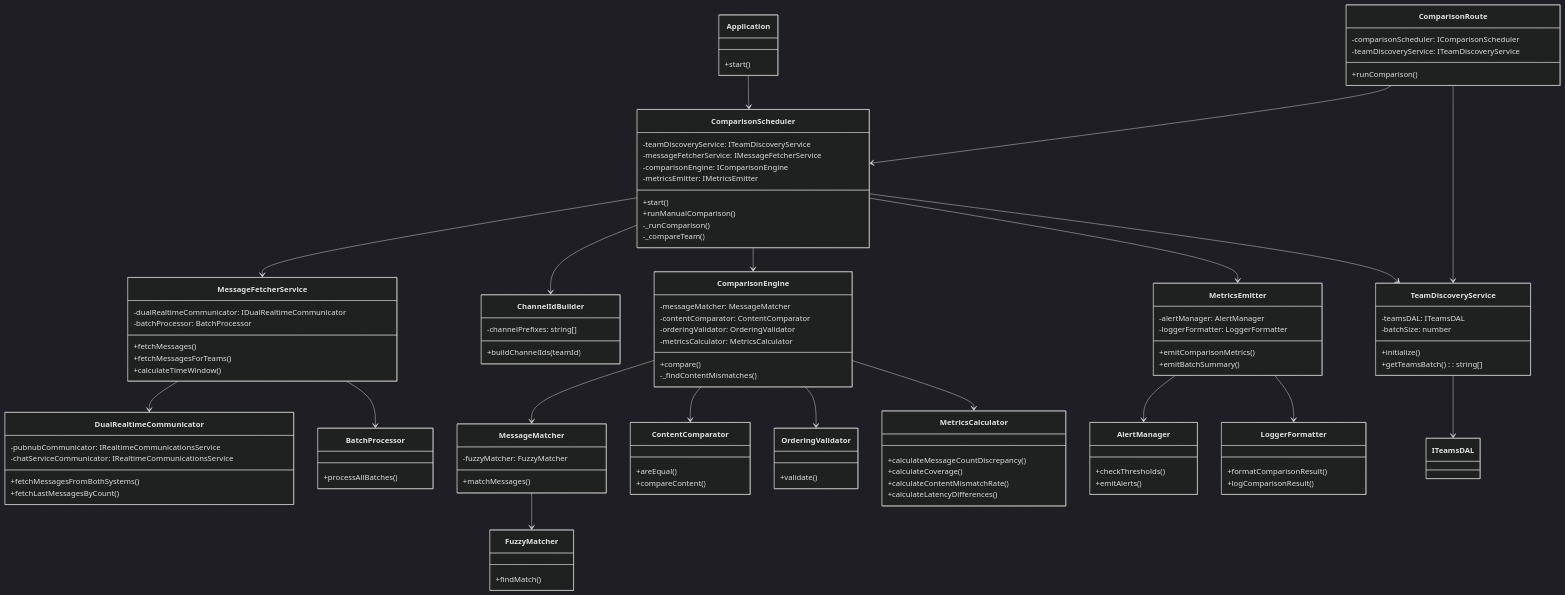
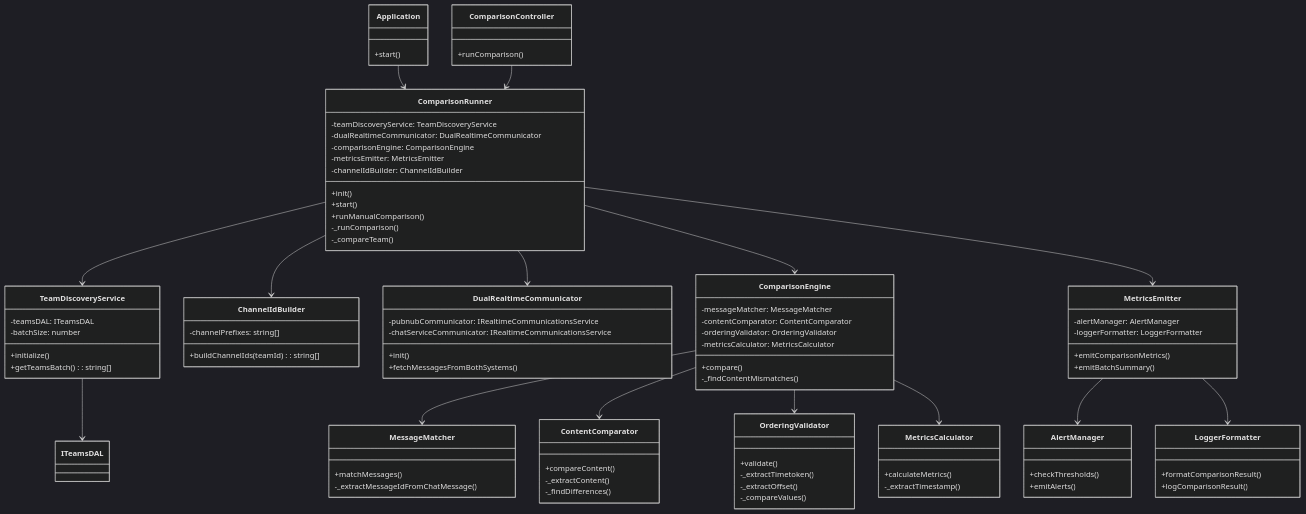
One commit to ilyara-ma/mychat-comparison-service changed the second of 2 diagrams in README.md. Above: the diagram before and after it, drawn with Mermaid (dark theme). The commit also changed other lines of this file and 18 other files, not shown here.

````diff
--- a/README.md
+++ b/README.md
@@ -75,11 +73,13 @@
         +start()
     }
     
-    class ComparisonScheduler {
-        -teamDiscoveryService: ITeamDiscoveryService
-        -messageFetcherService: IMessageFetcherService
-        -comparisonEngine: IComparisonEngine
-        -metricsEmitter: IMetricsEmitter
+    class ComparisonRunner {
+        -teamDiscoveryService: TeamDiscoveryService
+        -dualRealtimeCommunicator: DualRealtimeCommunicator
+        -comparisonEngine: ComparisonEngine
+        -metricsEmitter: MetricsEmitter
+        -channelIdBuilder: ChannelIdBuilder
+        +init()
         +start()
         +runManualComparison()
         -_runComparison()
@@ -95,26 +95,14 @@
     
     class ChannelIdBuilder {
         -channelPrefixes: string[]
-        +buildChannelIds(teamId)
-    }
-    
-    class MessageFetcherService {
-        -dualRealtimeCommunicator: IDualRealtimeCommunicator
-        -batchProcessor: BatchProcessor
-        +fetchMessages()
-        +fetchMessagesForTeams()
-        +calculateTimeWindow()
+        +buildChannelIds(teamId): string[]
     }
     
     class DualRealtimeCommunicator {
         -pubnubCommunicator: IRealtimeCommunicationsService
         -chatServiceCommunicator: IRealtimeCommunicationsService
+        +init()
         +fetchMessagesFromBothSystems()
-        +fetchLastMessagesByCount()
-    }
-    
-    class BatchProcessor {
-        +processAllBatches()
     }
     
     class ComparisonEngine {
@@ -127,28 +115,26 @@
     }
     
     class MessageMatcher {
-        -fuzzyMatcher: FuzzyMatcher
         +matchMessages()
-    }
-    
-    class FuzzyMatcher {
-        +findMatch()
+        -_extractMessageIdFromChatMessage()
     }
     
     class ContentComparator {
-        +areEqual()
         +compareContent()
+        -_extractContent()
+        -_findDifferences()
     }
     
     class OrderingValidator {
         +validate()
+        -_extractTimetoken()
+        -_extractOffset()
+        -_compareValues()
     }
     
     class MetricsCalculator {
-        +calculateMessageCountDiscrepancy()
-        +calculateCoverage()
-        +calculateContentMismatchRate()
-        +calculateLatencyDifferences()
+        +calculateMetrics()
+        -_extractTimestamp()
     }
     
     class MetricsEmitter {
@@ -168,34 +154,26 @@
         +logComparisonResult()
     }
     
-    class ComparisonRoute {
-        -comparisonScheduler: IComparisonScheduler
-        -teamDiscoveryService: ITeamDiscoveryService
+    class ComparisonController {
         +runComparison()
     }
     
-    Application --> ComparisonScheduler
-    ComparisonScheduler --> TeamDiscoveryService
-    ComparisonScheduler --> MessageFetcherService
-    ComparisonScheduler --> ComparisonEngine
-    ComparisonScheduler --> MetricsEmitter
+    Application --> ComparisonRunner
+    ComparisonRunner --> TeamDiscoveryService
+    ComparisonRunner --> DualRealtimeCommunicator
+    ComparisonRunner --> ComparisonEngine
+    ComparisonRunner --> MetricsEmitter
+    ComparisonRunner --> ChannelIdBuilder
     
     TeamDiscoveryService --> ITeamsDAL
-    ComparisonScheduler --> ChannelIdBuilder
-    
-    MessageFetcherService --> DualRealtimeCommunicator
-    MessageFetcherService --> BatchProcessor
     
     ComparisonEngine --> MessageMatcher
     ComparisonEngine --> ContentComparator
     ComparisonEngine --> OrderingValidator
     ComparisonEngine --> MetricsCalculator
     
-    MessageMatcher --> FuzzyMatcher
-    
     MetricsEmitter --> AlertManager
     MetricsEmitter --> LoggerFormatter
     
-    ComparisonRoute --> ComparisonScheduler
-    ComparisonRoute --> TeamDiscoveryService
+    ComparisonController --> ComparisonRunner
 ```
````
